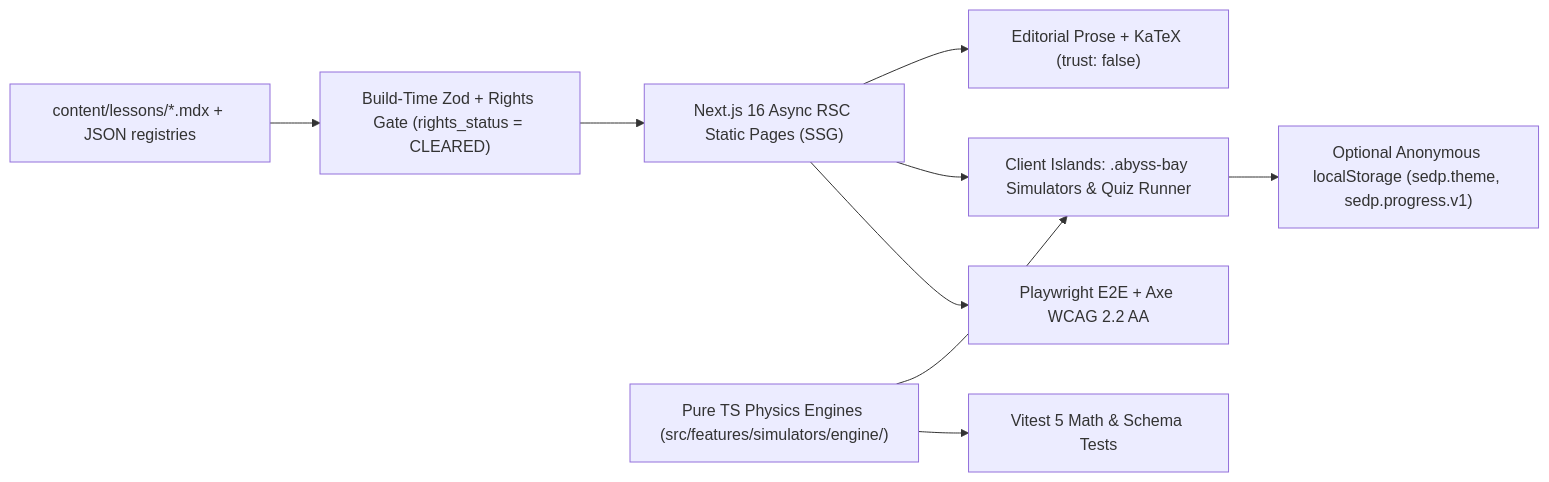
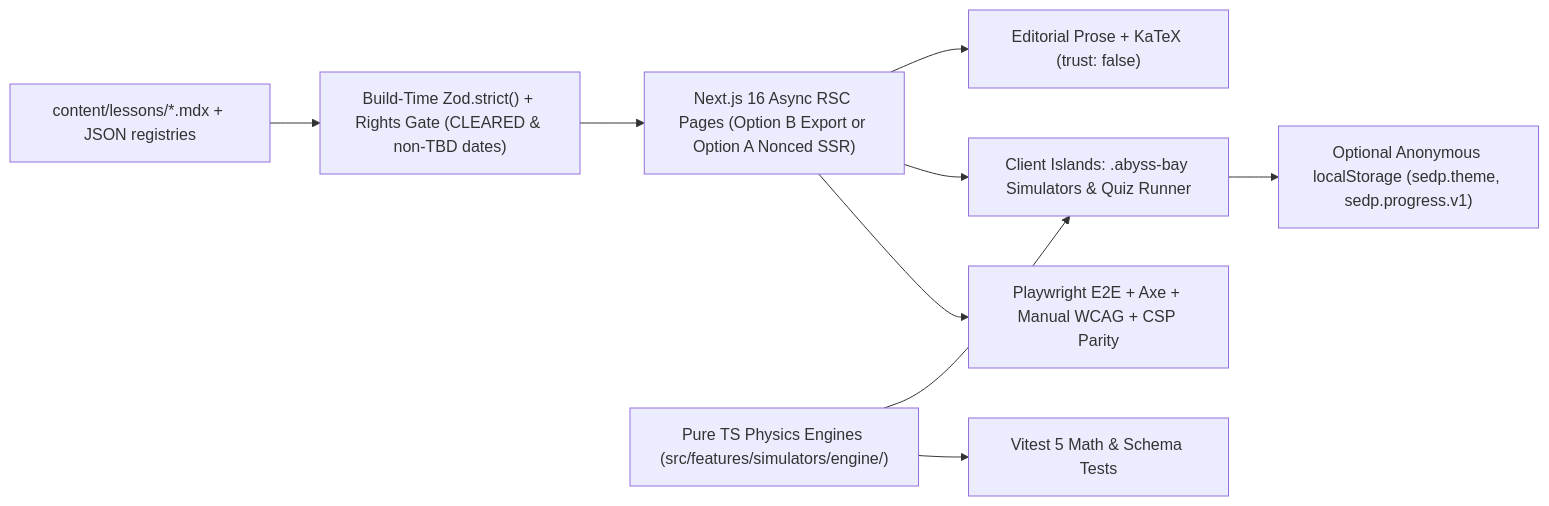
One commit to Legorvey/sedp-notebook changed the diagram in docs/plans/TECHNICAL_ARCHITECTURE.md. Above: the diagram before and after it, drawn with Mermaid. The commit also changed other lines of this file and 11 other files, not shown here.

````diff
--- a/docs/plans/TECHNICAL_ARCHITECTURE.md
+++ b/docs/plans/TECHNICAL_ARCHITECTURE.md
@@ -97,11 +98,11 @@
 ```mermaid
 flowchart LR
-  MDX["content/lessons/*.mdx + JSON registries"] --> VAL["Build-Time Zod + Rights Gate (rights_status = CLEARED)"]
-  VAL --> RSC["Next.js 16 Async RSC Static Pages (SSG)"]
+  MDX["content/lessons/*.mdx + JSON registries"] --> VAL["Build-Time Zod.strict() + Rights Gate (CLEARED & non-TBD dates)"]
+  VAL --> RSC["Next.js 16 Async RSC Pages (Option B Export or Option A Nonced SSR)"]
   RSC --> PROSE["Editorial Prose + KaTeX (trust: false)"]
   RSC --> CLIENT["Client Islands: .abyss-bay Simulators & Quiz Runner"]
   ENGINE["Pure TS Physics Engines (src/features/simulators/engine/)"] --> CLIENT
   CLIENT --> LOCAL["Optional Anonymous localStorage (sedp.theme, sedp.progress.v1)"]
   ENGINE --> VITEST["Vitest 5 Math & Schema Tests"]
-  RSC --> PW["Playwright E2E + Axe WCAG 2.2 AA"]
+  RSC --> PW["Playwright E2E + Axe + Manual WCAG + CSP Parity"]
 ```
````
